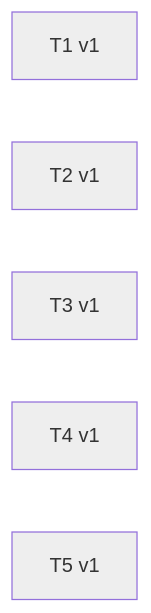
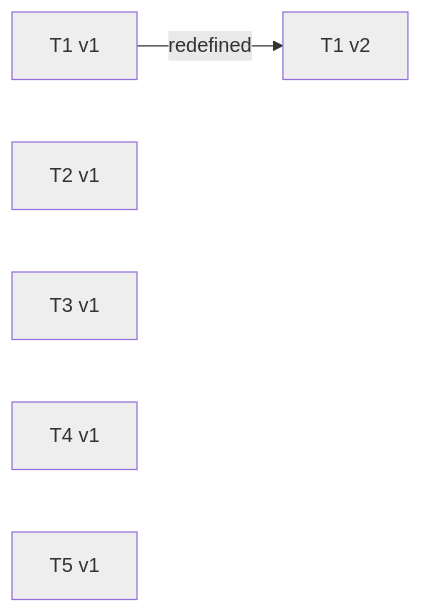
Diagram 31 of 31 in docs/specs/OVERVIEW.md (Curry09/OpenAgents), drawn with Mermaid before and after one commit. The commit also changed 2 other files, not shown here.

Commit message:
docs: refine RFC for PR #61 per review

````diff
--- a/docs/specs/OVERVIEW.md
+++ b/docs/specs/OVERVIEW.md
@@ -721,14 +721,17 @@
 ```mermaid
 graph LR
     v_T1_1["T1 v1"]
+    v_T1_2["T1 v2"]
+    v_T1_1 -->|redefined| v_T1_2
     v_T2_1["T2 v1"]
     v_T3_1["T3 v1"]
     v_T4_1["T4 v1"]
     v_T5_1["T5 v1"]
     classDef st_pending fill:#eeeeee;
     class v_T1_1 st_pending;
+    class v_T1_2 st_pending;
     class v_T2_1 st_pending;
     class v_T3_1 st_pending;
     class v_T4_1 st_pending;
     class v_T5_1 st_pending;
 ```
````
